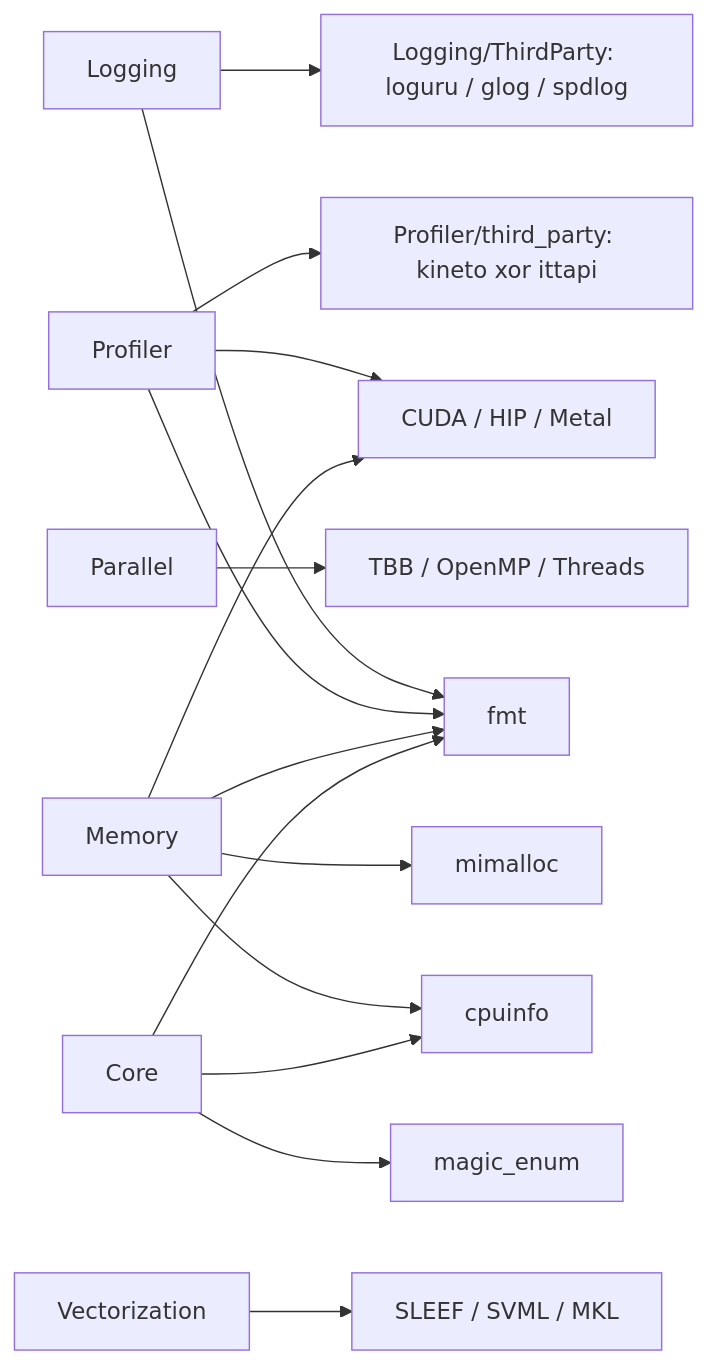
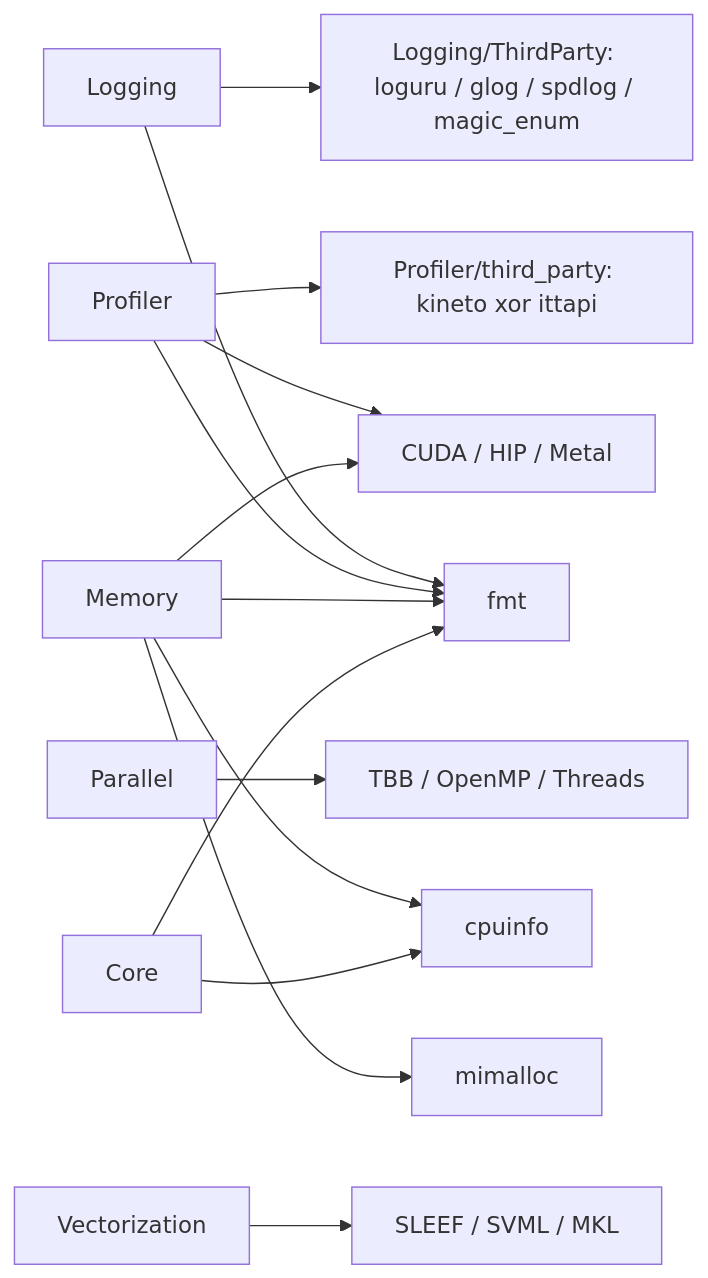
Before and after one commit to KhwarizmiAnalytix/XSigma: the fifth of 5 diagrams in Docs/PROJECT_DEPENDENCIES.md, drawn with Mermaid. The commit also changed other lines of this file and 31 other files, not shown here.

````diff
--- a/Docs/PROJECT_DEPENDENCIES.md
+++ b/Docs/PROJECT_DEPENDENCIES.md
@@ -155,17 +155,16 @@
 ```mermaid
 flowchart LR
   Logging --> fmt
-  Logging --> loguru_glog_spdlog["Logging/ThirdParty: loguru / glog / spdlog"]
+  Logging --> loguru_glog_spdlog["Logging/ThirdParty: loguru / glog / spdlog / magic_enum"]
   Parallel --> tbb_omp["TBB / OpenMP / Threads"]
   Profiler --> fmt
   Profiler --> nested_backends["Profiler/third_party: kineto xor ittapi"]
   Profiler --> gpu_rt["CUDA / HIP / Metal"]
   Memory --> fmt
   Memory --> cpuinfo
   Memory --> mimalloc
   Memory --> gpu_rt
   Vectorization --> sleef_svml_mkl["SLEEF / SVML / MKL"]
   Core --> fmt
   Core --> cpuinfo
-  Core --> magic_enum
 ```
````
